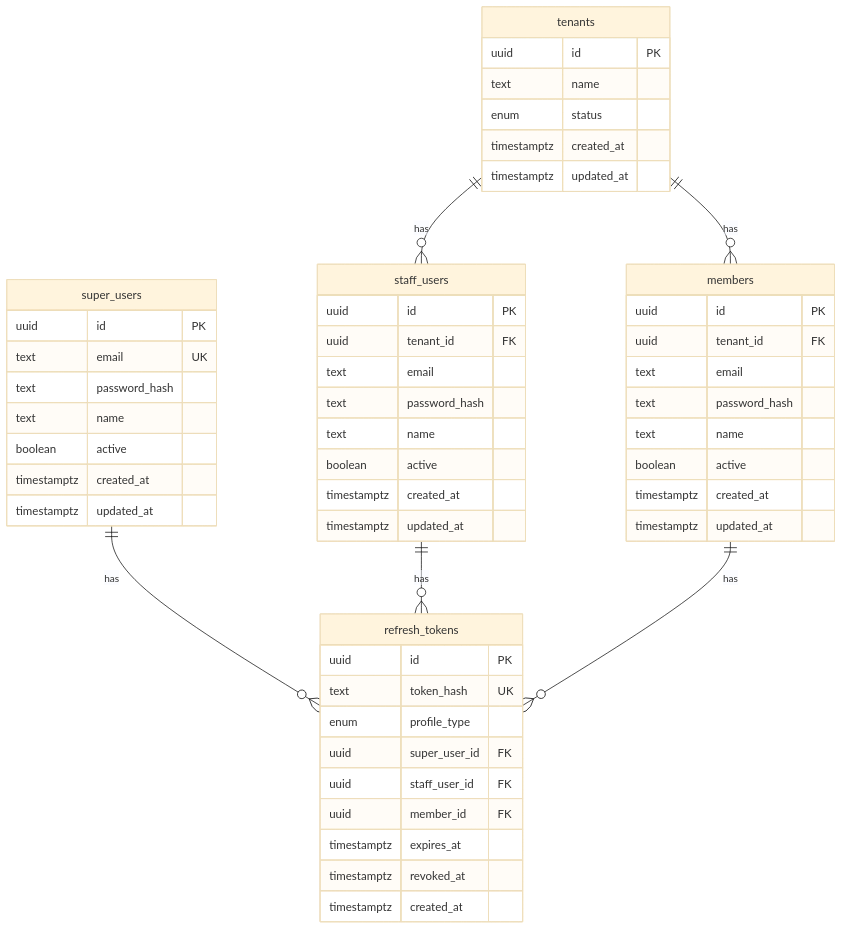
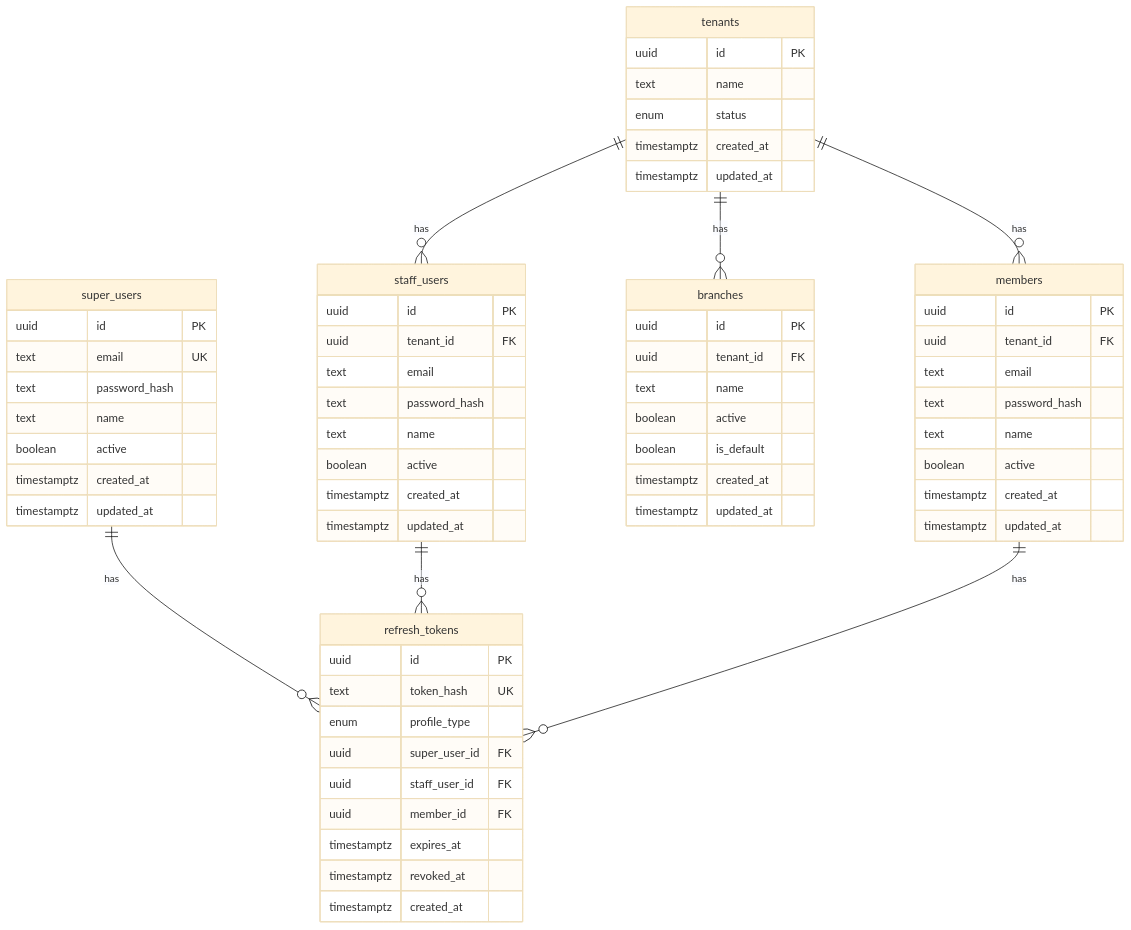
One commit to LucianoMocchegiani/gym-bro changed the diagram in docs/09-esquema-db.md. Above: the diagram before and after it, drawn with Mermaid (base theme). The commit also changed other lines of this file and 11 other files, not shown here.

First line of the commit message:
feat(api): seed default branch when creating a tenant

````diff
--- a/docs/09-esquema-db.md
+++ b/docs/09-esquema-db.md
@@ -26,60 +26,71 @@
 ```mermaid
 erDiagram
   tenants ||--o{ staff_users : has
   tenants ||--o{ members : has
+  tenants ||--o{ branches : has
   super_users ||--o{ refresh_tokens : has
   staff_users ||--o{ refresh_tokens : has
   members ||--o{ refresh_tokens : has
 
   tenants {
     uuid id PK
     text name
     enum status
+    timestamptz created_at
+    timestamptz updated_at
+  }
+
+  branches {
+    uuid id PK
+    uuid tenant_id FK
+    text name
+    boolean active
+    boolean is_default
     timestamptz created_at
     timestamptz updated_at
   }
 
   super_users {
     uuid id PK
     text email UK
     text password_hash
     text name
     boolean active
     timestamptz created_at
     timestamptz updated_at
   }
 
   staff_users {
     uuid id PK
     uuid tenant_id FK
     text email
     text password_hash
     text name
     boolean active
     timestamptz created_at
     timestamptz updated_at
   }
 
   members {
     uuid id PK
     uuid tenant_id FK
     text email
     text password_hash
     text name
     boolean active
     timestamptz created_at
     timestamptz updated_at
   }
 
   refresh_tokens {
     uuid id PK
     text token_hash UK
     enum profile_type
     uuid super_user_id FK
     uuid staff_user_id FK
     uuid member_id FK
     timestamptz expires_at
     timestamptz revoked_at
     timestamptz created_at
   }
 ```
````
